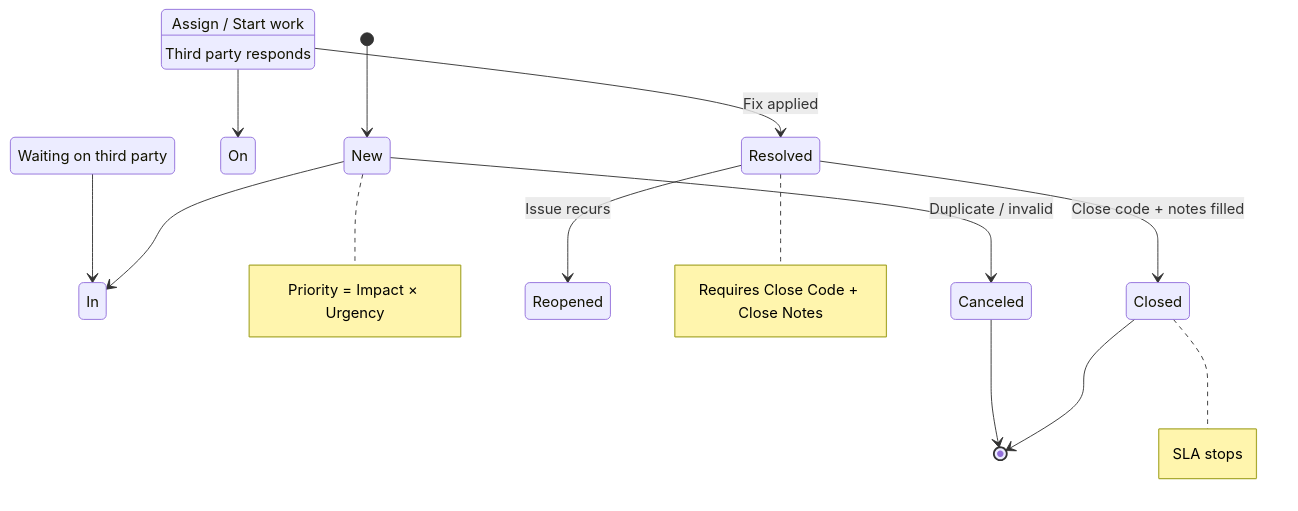
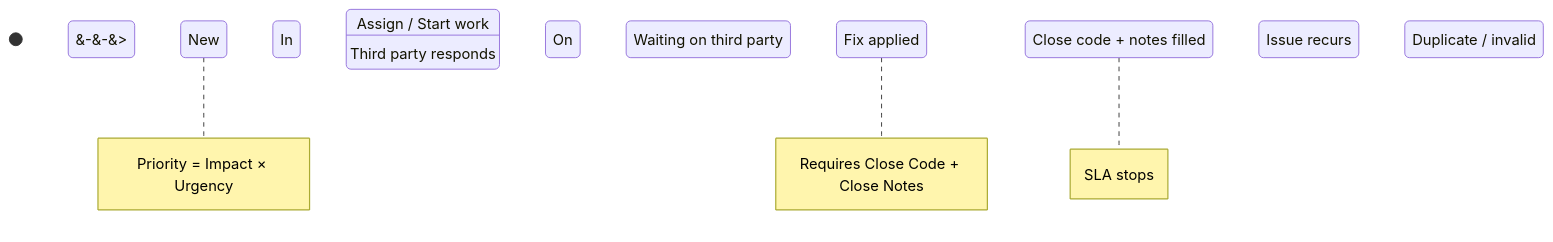
The first of 8 diagrams in docs/modules/itsm/itsm-guide.md (eltonaguiar/ServiceNow_Learning_TSOM-_CSM_FSM_SalesCRM_HAM_ITSM), drawn with Mermaid before and after one commit. The commit also changed other lines of this file and 17 other files, not shown here.

First line of the commit message:
Fix mermaid arrows: replace --> with &#45;&#45;&#62; in all mermaid blocks

````diff
--- a/docs/modules/itsm/itsm-guide.md
+++ b/docs/modules/itsm/itsm-guide.md
@@ -320,17 +320,17 @@
 ```mermaid
 stateDiagram-v2
-    [*] --> New
-    New --> In Progress : Assign / Start work
-    In Progress --> On Hold : Waiting on third party
-    On Hold --> In Progress : Third party responds
-    In Progress --> Resolved : Fix applied
-    Resolved --> Closed : Close code + notes filled
-    Resolved --> Reopened : Issue recurs
-    Closed --> [*]
-    New --> Canceled : Duplicate / invalid
-    Canceled --> [*]
+    [*] &#45;&#45;&#62; New
+    New &#45;&#45;&#62; In Progress : Assign / Start work
+    In Progress &#45;&#45;&#62; On Hold : Waiting on third party
+    On Hold &#45;&#45;&#62; In Progress : Third party responds
+    In Progress &#45;&#45;&#62; Resolved : Fix applied
+    Resolved &#45;&#45;&#62; Closed : Close code + notes filled
+    Resolved &#45;&#45;&#62; Reopened : Issue recurs
+    Closed &#45;&#45;&#62; [*]
+    New &#45;&#45;&#62; Canceled : Duplicate / invalid
+    Canceled &#45;&#45;&#62; [*]
     
     note right of New: Priority = Impact × Urgency
     note right of Resolved: Requires Close Code + Close Notes
     note right of Closed: SLA stops
 ```
````
